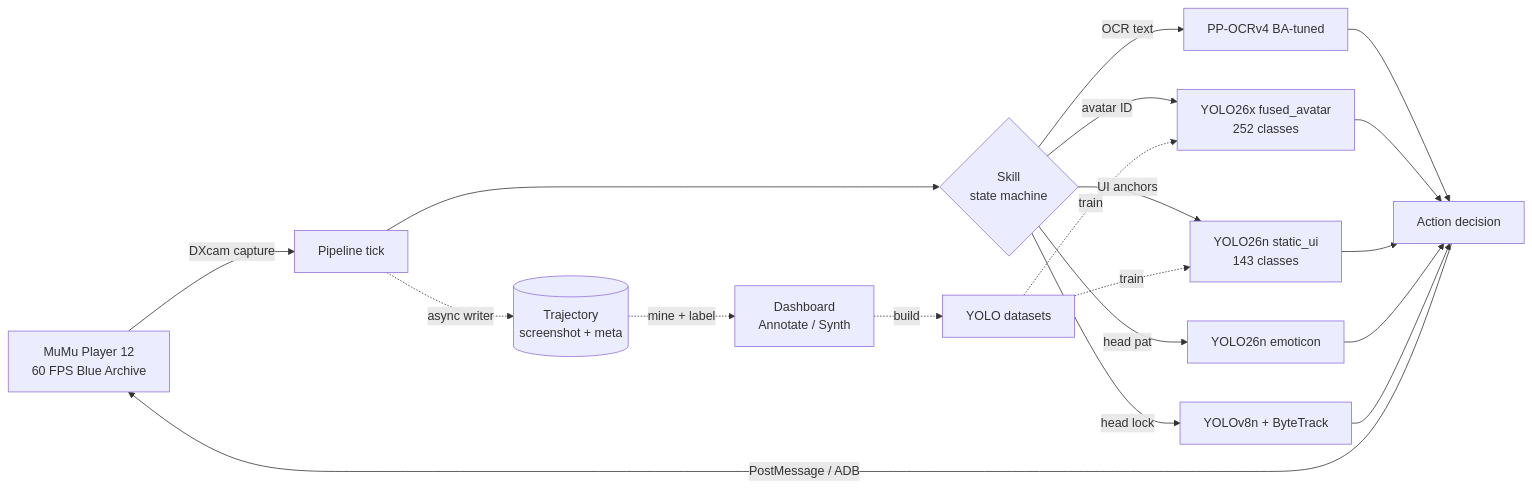
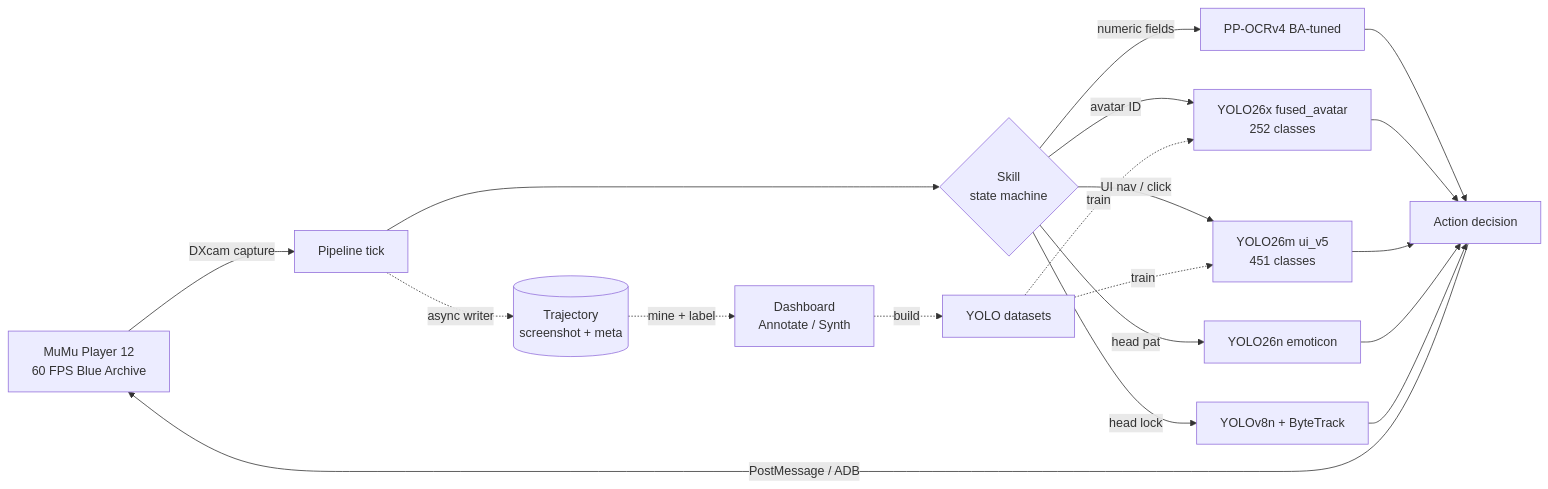
The first of 5 diagrams in README.md (C0k11/blue-archive-assistant), drawn with Mermaid before and after one commit. The commit also changed other lines of this file and 38 other files, not shown here.

````diff
--- a/README.md
+++ b/README.md
@@ -25,21 +26,21 @@
 ```mermaid
 flowchart LR
     A[MuMu Player 12<br/>60 FPS Blue Archive] -->|DXcam capture| B[Pipeline tick]
     B --> C{Skill<br/>state machine}
-    C -->|"OCR text"| D[PP-OCRv4 BA-tuned]
+    C -->|"UI nav / click"| F[YOLO26m ui_v5<br/>451 classes]
     C -->|"avatar ID"| E[YOLO26x fused_avatar<br/>252 classes]
-    C -->|"UI anchors"| F[YOLO26n static_ui<br/>143 classes]
+    C -->|"numeric fields"| D[PP-OCRv4 BA-tuned]
     C -->|"head pat"| G[YOLO26n emoticon]
     C -->|"head lock"| H[YOLOv8n + ByteTrack]
     D --> I[Action decision]
     E --> I
     F --> I
     G --> I
     H --> I
     I -->|PostMessage / ADB| A
     B -.async writer.-> J[(Trajectory<br/>screenshot + meta)]
     J -.->|mine + label| K[Dashboard<br/>Annotate / Synth]
     K -.->|build| L[YOLO datasets]
     L -.->|train| E
     L -.->|train| F
 ```
````
